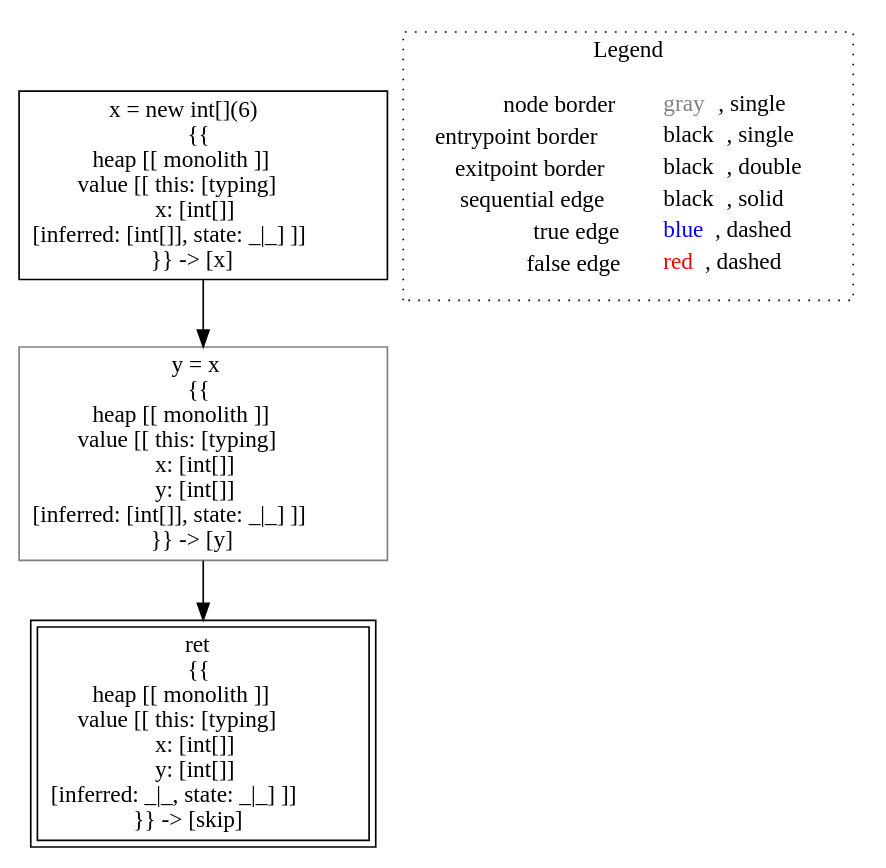
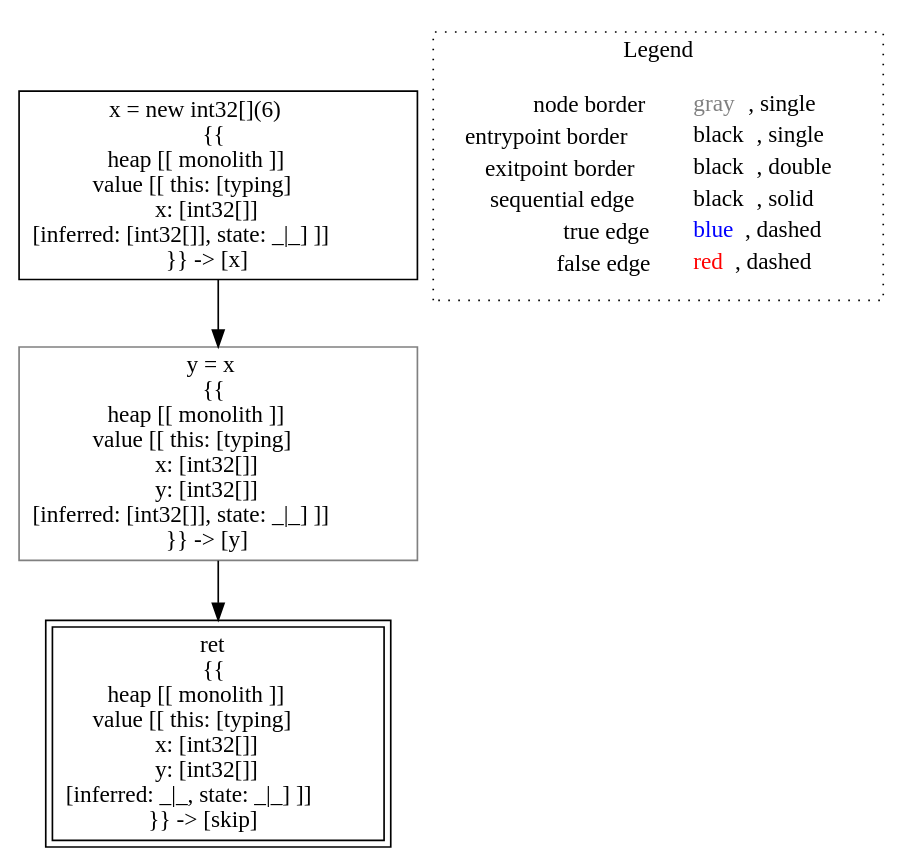
One commit to lisa-analyzer/lisa changed the diagram in lisa/lisa-core/imp-testcases/type-inference/typing___untyped_typing.test7(typing_this).dot. Above: the diagram before and after it, drawn with Graphviz. The commit also changed 17 other files, not shown here.

```diff
--- a/lisa/lisa-core/imp-testcases/type-inference/typing___untyped_typing.test7(typing_this).dot
+++ b/lisa/lisa-core/imp-testcases/type-inference/typing___untyped_typing.test7(typing_this).dot
@@ -1,14 +1,14 @@
 digraph {
-	"node0" [shape="rect",color="black",label=<x = new int[](6)<BR/>{{<BR/>heap [[ monolith ]]<BR/>value [[ this: [typing]<BR/>x: [int[]]<BR/>[inferred: [int[]], state: _|_] ]]<BR/>}} -&gt; [x]>];
-	"node1" [shape="rect",color="black",peripheries="2",label=<ret<BR/>{{<BR/>heap [[ monolith ]]<BR/>value [[ this: [typing]<BR/>x: [int[]]<BR/>y: [int[]]<BR/>[inferred: _|_, state: _|_] ]]<BR/>}} -&gt; [skip]>];
-	"node2" [shape="rect",color="gray",label=<y = x<BR/>{{<BR/>heap [[ monolith ]]<BR/>value [[ this: [typing]<BR/>x: [int[]]<BR/>y: [int[]]<BR/>[inferred: [int[]], state: _|_] ]]<BR/>}} -&gt; [y]>];
+	"node0" [shape="rect",color="black",label=<x = new int32[](6)<BR/>{{<BR/>heap [[ monolith ]]<BR/>value [[ this: [typing]<BR/>x: [int32[]]<BR/>[inferred: [int32[]], state: _|_] ]]<BR/>}} -&gt; [x]>];
+	"node1" [shape="rect",color="black",peripheries="2",label=<ret<BR/>{{<BR/>heap [[ monolith ]]<BR/>value [[ this: [typing]<BR/>x: [int32[]]<BR/>y: [int32[]]<BR/>[inferred: _|_, state: _|_] ]]<BR/>}} -&gt; [skip]>];
+	"node2" [shape="rect",color="gray",label=<y = x<BR/>{{<BR/>heap [[ monolith ]]<BR/>value [[ this: [typing]<BR/>x: [int32[]]<BR/>y: [int32[]]<BR/>[inferred: [int32[]], state: _|_] ]]<BR/>}} -&gt; [y]>];
 	"node0" -> "node2" [color="black"];
 	"node2" -> "node1" [color="black"];
 subgraph cluster_legend {
 	label="Legend";
 	style=dotted;
 	node [shape=plaintext];
 	"legend" [label=<<table border="0" cellpadding="2" cellspacing="0" cellborder="0"><tr><td align="right">node border&nbsp;</td><td align="left"><font color="gray">gray</font>, single</td></tr><tr><td align="right">entrypoint border&nbsp;</td><td align="left"><font color="black">black</font>, single</td></tr><tr><td align="right">exitpoint border&nbsp;</td><td align="left"><font color="black">black</font>, double</td></tr><tr><td align="right">sequential edge&nbsp;</td><td align="left"><font color="black">black</font>, solid</td></tr><tr><td align="right">true edge&nbsp;</td><td align="left"><font color="blue">blue</font>, dashed</td></tr><tr><td align="right">false edge&nbsp;</td><td align="left"><font color="red">red</font>, dashed</td></tr></table>>];
 }
 
 }
```
